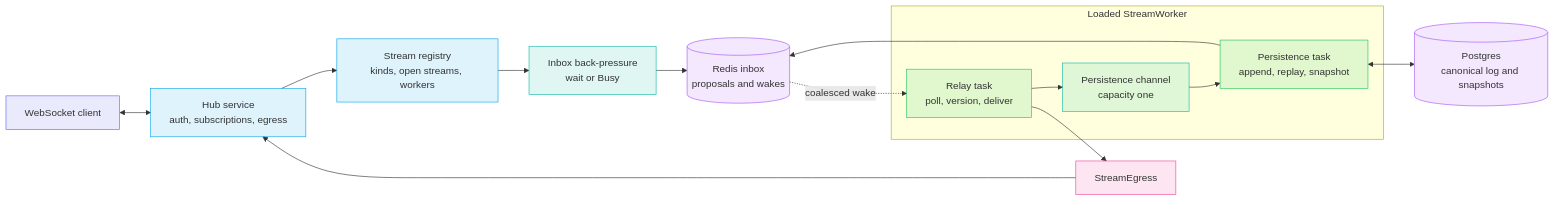
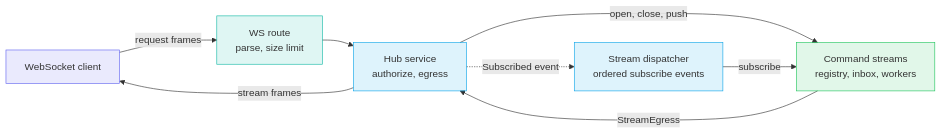
One commit to gzp79/shine-services changed the first of 3 diagrams in docs/services/builder/hub.md. Above: the diagram before and after it, drawn with Mermaid. The commit also changed other lines of this file and 5 other files, not shown here.

````diff
--- a/docs/services/builder/hub.md
+++ b/docs/services/builder/hub.md
@@ -19,33 +13,19 @@
 ```mermaid
 flowchart LR
     classDef indigo fill:#6366f122,stroke:#6366f1
     classDef teal fill:#14b8a622,stroke:#14b8a6
     classDef blue fill:#0ea5e922,stroke:#0ea5e9
     classDef green fill:#22c55e22,stroke:#22c55e
-    classDef violet fill:#a855f722,stroke:#a855f7
-    classDef pink fill:#ec489922,stroke:#ec4899
 
     Client["WebSocket client"]:::indigo
-    Hub["Hub service<br/>auth, subscriptions, egress"]:::blue
-    Registry["Stream registry<br/>kinds, open streams, workers"]:::blue
-    Gate["Inbox back-pressure<br/>wait or Busy"]:::teal
-    Inbox[("Redis inbox<br/>proposals and wakes")]:::violet
+    Route["WS route<br/>parse, size limit"]:::teal
+    Hub["Hub service<br/>authorize, egress"]:::blue
+    Dispatcher["Stream dispatcher<br/>ordered subscribe events"]:::blue
+    Streams["Command streams<br/>registry, inbox, workers"]:::green
 
-    subgraph Worker["Loaded StreamWorker"]
-        Relay["Relay task<br/>poll, version, deliver"]:::green
-        Queue["Persistence channel<br/>capacity one"]:::teal
-        Durable["Persistence task<br/>append, replay, snapshot"]:::green
-    end
-
-    Log[("Postgres<br/>canonical log and snapshots")]:::violet
-    Egress["StreamEgress"]:::pink
-
-    Client <--> Hub
-    Hub --> Registry
-    Registry --> Gate --> Inbox
-    Inbox -. "coalesced wake" .-> Relay
-    Relay --> Queue --> Durable
-    Durable <--> Log
-    Durable --> Inbox
-    Relay --> Egress --> Hub
+    Client -- "request frames" --> Route --> Hub
+    Hub -- "open, close, push" --> Streams
+    Hub -. "Subscribed event" .-> Dispatcher -- "subscribe" --> Streams
+    Streams -- "StreamEgress" --> Hub
+    Hub -- "stream frames" --> Client
 ```
````
